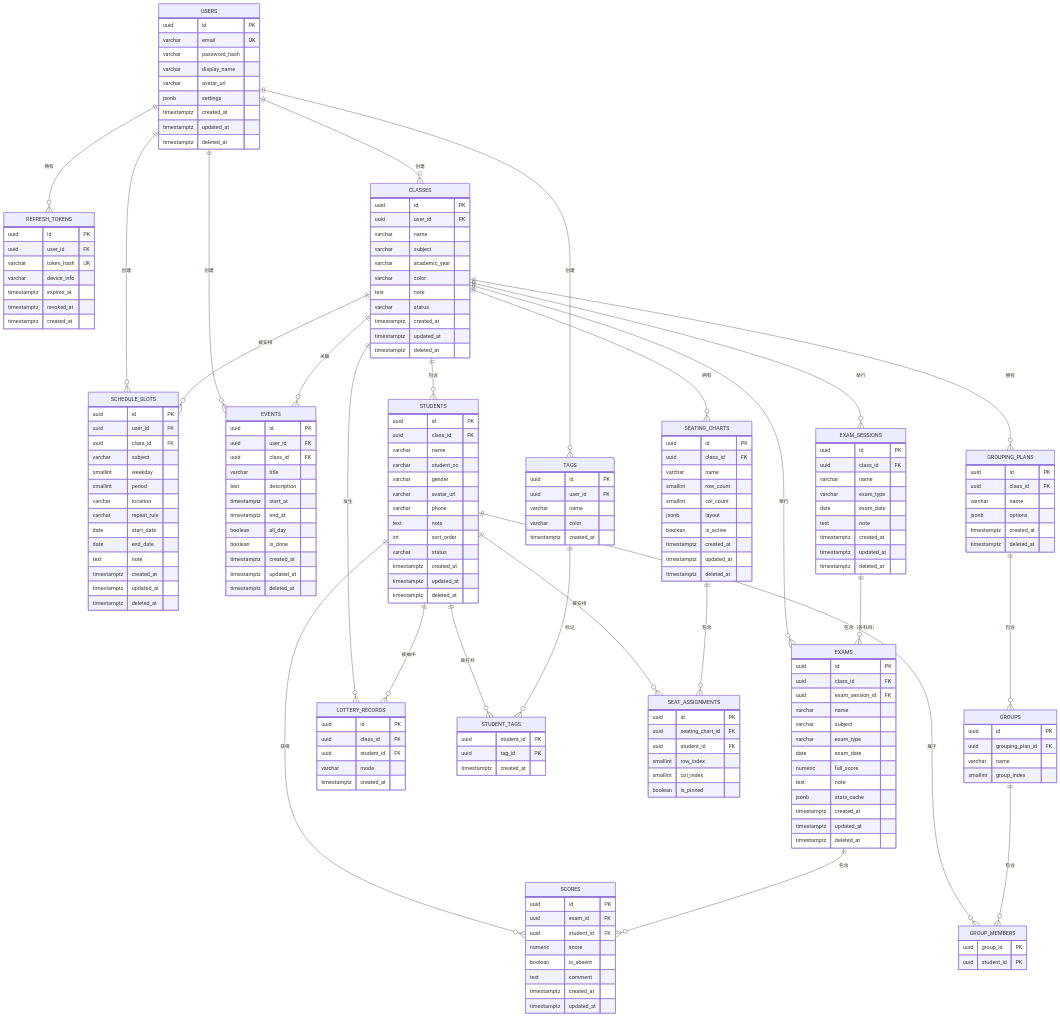
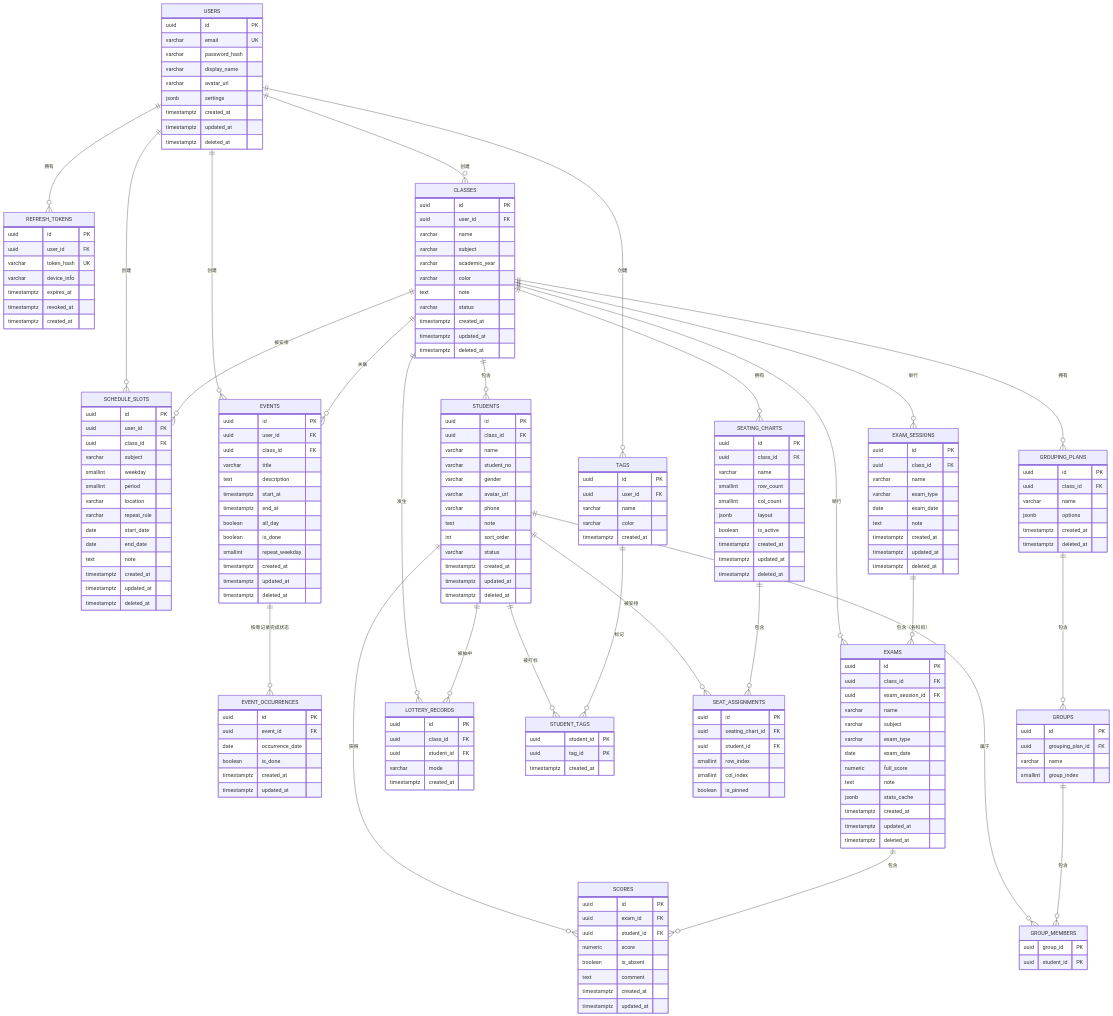
Before and after one commit to lhxone/TeacherDesk: the diagram in docs/ER.md, drawn with Mermaid. The commit also changed other lines of this file and 15 other files, not shown here.

```diff
--- a/docs/ER.md
+++ b/docs/ER.md
@@ -16,6 +16,7 @@
     USERS ||--o{ CLASSES : "创建"
     USERS ||--o{ SCHEDULE_SLOTS : "创建"
     USERS ||--o{ EVENTS : "创建"
+    EVENTS ||--o{ EVENT_OCCURRENCES : "按周记录完成状态"
     USERS ||--o{ TAGS : "创建"
 
     CLASSES ||--o{ STUDENTS : "包含"
@@ -133,9 +134,19 @@
         timestamptz end_at
         boolean all_day
         boolean is_done
+        smallint repeat_weekday
         timestamptz created_at
         timestamptz updated_at
         timestamptz deleted_at
+    }
+
+    EVENT_OCCURRENCES {
+        uuid id PK
+        uuid event_id FK
+        date occurrence_date
+        boolean is_done
+        timestamptz created_at
+        timestamptz updated_at
     }
 
     SEATING_CHARTS {
```
